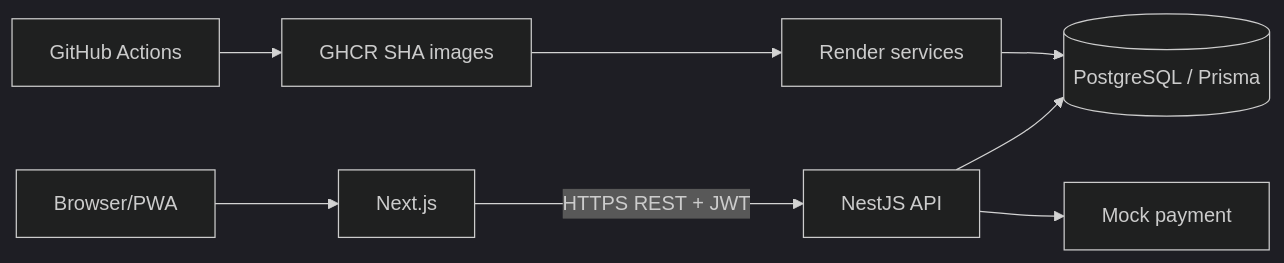
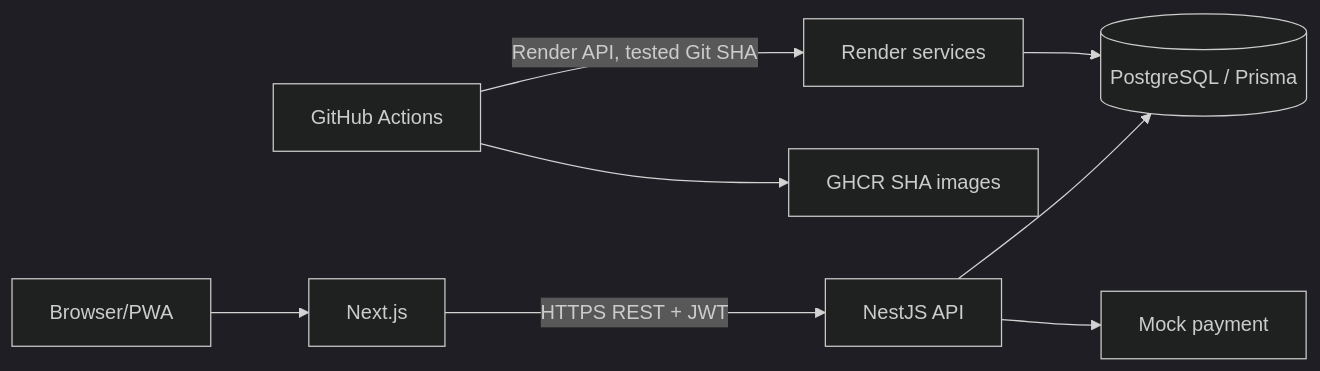
The diagram in docs/architecture/architecture.md (Myngoc09/assignment2_brewlite), drawn with Mermaid (dark theme) before and after one commit. The commit also changed 48 other files, not shown here.

````diff
--- a/docs/architecture/architecture.md
+++ b/docs/architecture/architecture.md
@@ -10,10 +10,10 @@
 ```mermaid
 flowchart LR
  B[Browser/PWA] --> W[Next.js]
  W -->|HTTPS REST + JWT| A[NestJS API]
  A --> DB[(PostgreSQL / Prisma)]
  A --> P[Mock payment]
  CI[GitHub Actions] --> R[GHCR SHA images]
- R --> H[Render services]
+ CI -->|Render API, tested Git SHA| H[Render services]
  H --> DB
 ```
````
